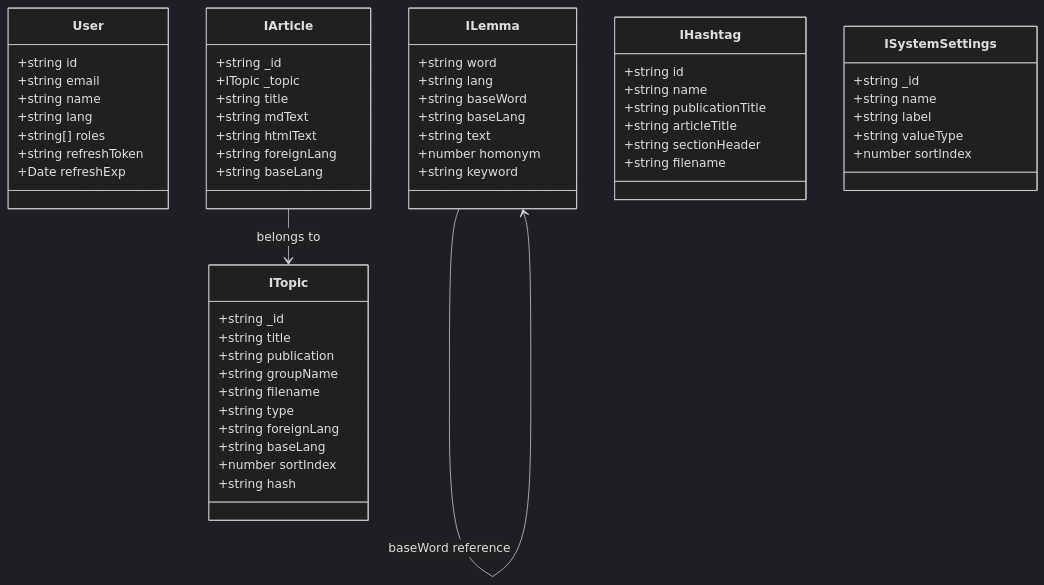
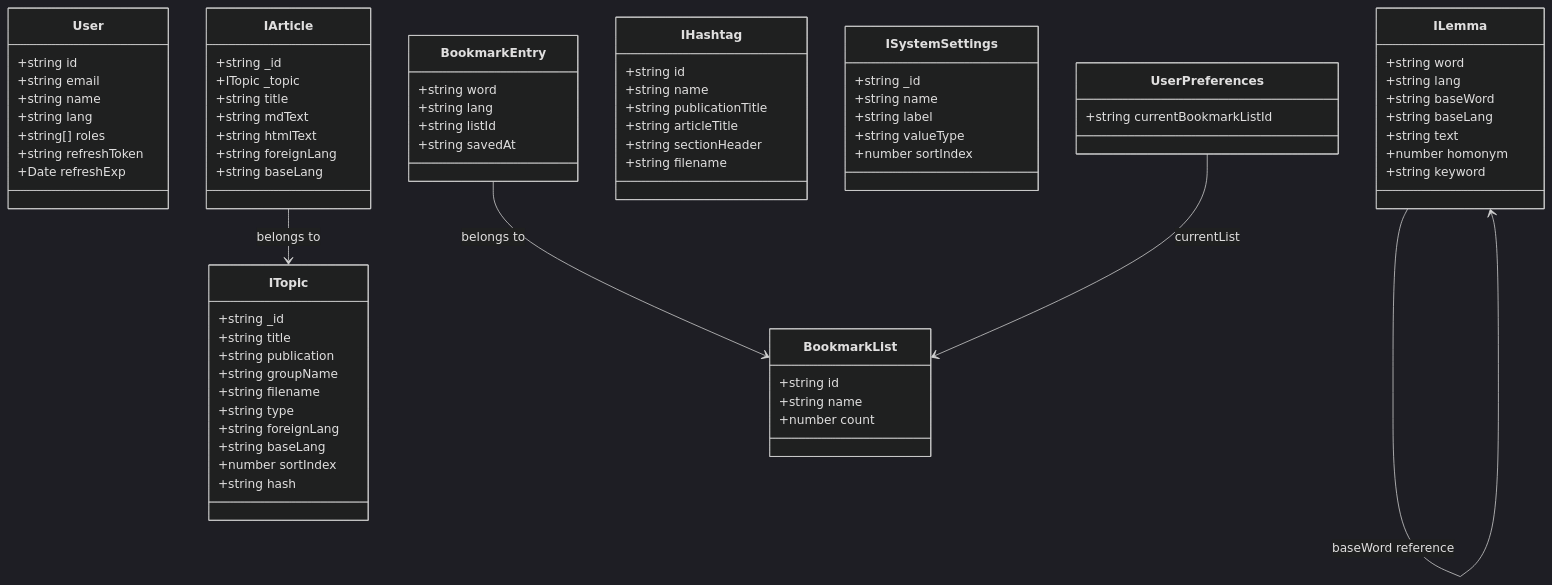
The eighth of 8 diagrams in apps/taalwiz-web/ARCHITECTURE.md (remarcmij/taalwiz-mono), drawn with Mermaid (dark theme) before and after one commit. The commit also changed other lines of this file and 3 other files, not shown here.

````diff
--- a/apps/taalwiz-web/ARCHITECTURE.md
+++ b/apps/taalwiz-web/ARCHITECTURE.md
@@ -421,6 +442,25 @@
         +number sortIndex
     }
 
+    class BookmarkEntry {
+        +string word
+        +string lang
+        +string listId
+        +string savedAt
+    }
+
+    class BookmarkList {
+        +string id
+        +string name
+        +number count
+    }
+
+    class UserPreferences {
+        +string currentBookmarkListId
+    }
+
     IArticle --> ITopic : belongs to
     ILemma --> ILemma : baseWord reference
+    BookmarkEntry --> BookmarkList : belongs to
+    UserPreferences --> BookmarkList : currentList
 ```
````
